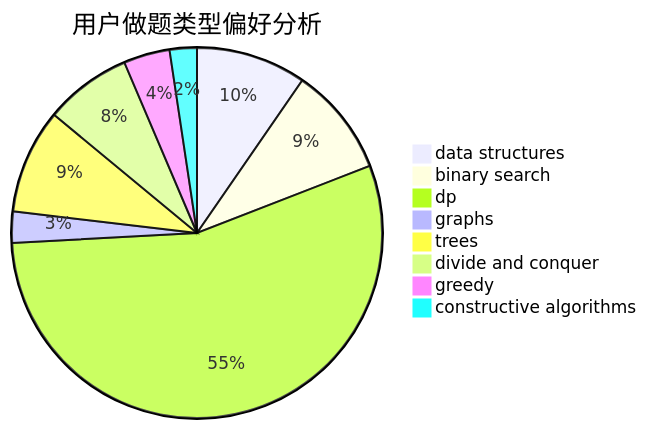
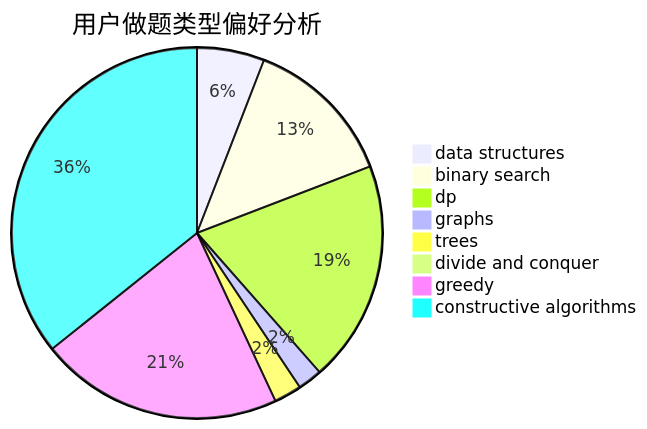
One commit to sherpahu/cfrs.github.io changed the second of 3 diagrams in docs/user/u489.md. Above: the diagram before and after it, drawn with Mermaid. The commit also changed other lines of this file and 2770 other files, not shown here.

````diff
--- a/docs/user/u489.md
+++ b/docs/user/u489.md
@@ -23,11 +23,11 @@
 ```mermaid
 pie title 用户做题类型偏好分析
-    "data structures" :  81
-    "binary search" :  80
-    "dp" :  464
-    "graphs" :  23
-    "trees" :  77
-    "divide and conquer" :  64
-    "greedy" :  34
-    "constructive algorithms" :  20
+    "data structures" :  66
+    "binary search" :  149
+    "dp" :  217
+    "graphs" :  24
+    "trees" :  27
+    "divide and conquer" :  0
+    "greedy" :  238
+    "constructive algorithms" :  401
 ```
````
